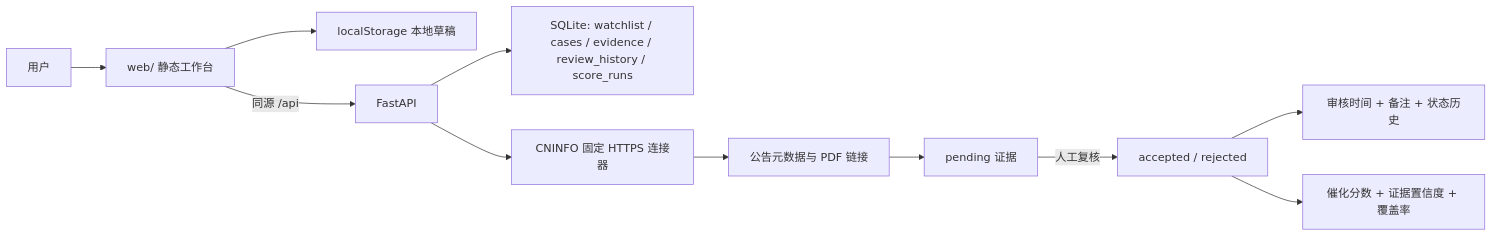
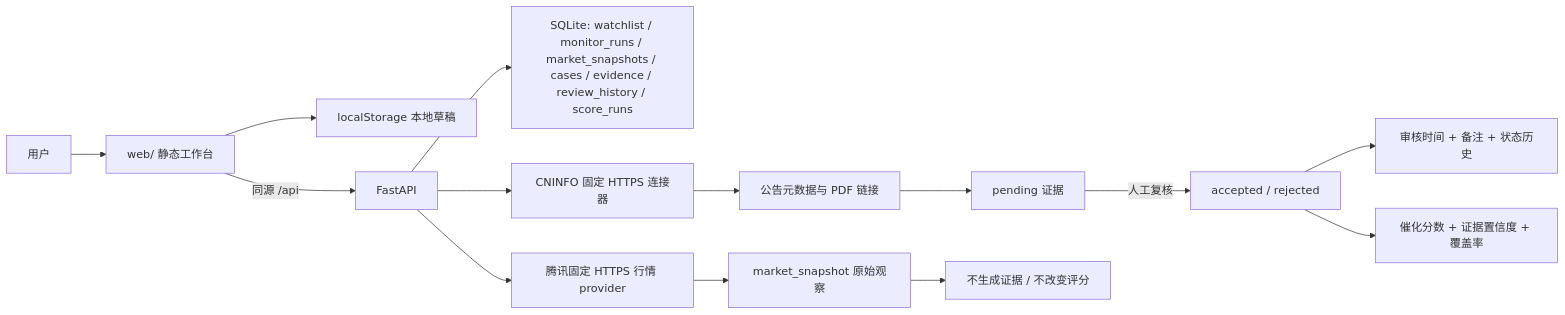
One commit to dongpen-max/A-Share-Catalyst-Lens changed the diagram in HANDOFF.md. Above: the diagram before and after it, drawn with Mermaid. The commit also changed other lines of this file and 12 other files, not shown here.

````diff
--- a/HANDOFF.md
+++ b/HANDOFF.md
@@ -118,13 +124,16 @@
 ```mermaid
 flowchart LR
     U["用户"] --> W["web/ 静态工作台"]
     W --> L["localStorage 本地草稿"]
     W -->|"同源 /api"| A["FastAPI"]
-    A --> D["SQLite: watchlist / cases / evidence / review_history / score_runs"]
+    A --> D["SQLite: watchlist / monitor_runs / market_snapshots / cases / evidence / review_history / score_runs"]
     A --> C["CNINFO 固定 HTTPS 连接器"]
     C --> P["公告元数据与 PDF 链接"]
     P --> E["pending 证据"]
     E -->|"人工复核"| X["accepted / rejected"]
     X --> H["审核时间 + 备注 + 状态历史"]
     X --> S["催化分数 + 证据置信度 + 覆盖率"]
+    A --> T["腾讯固定 HTTPS 行情 provider"]
+    T --> M["market_snapshot 原始观察"]
+    M --> N["不生成证据 / 不改变评分"]
 ```
````
